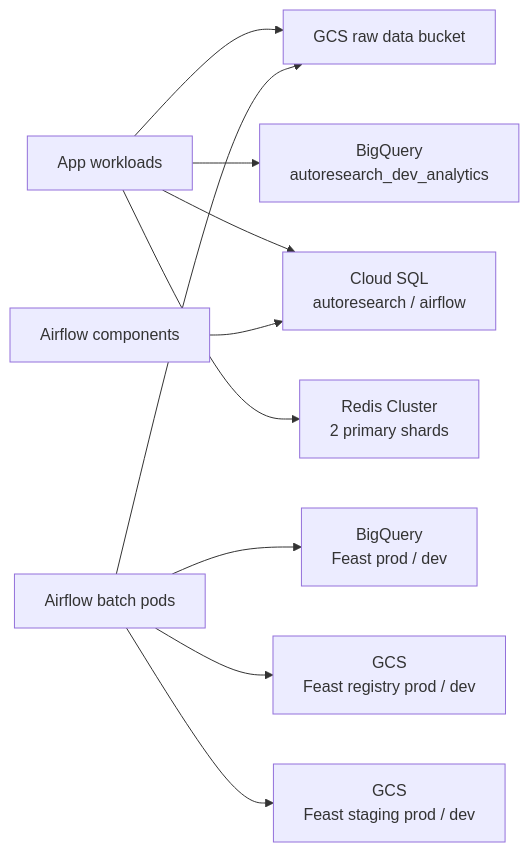
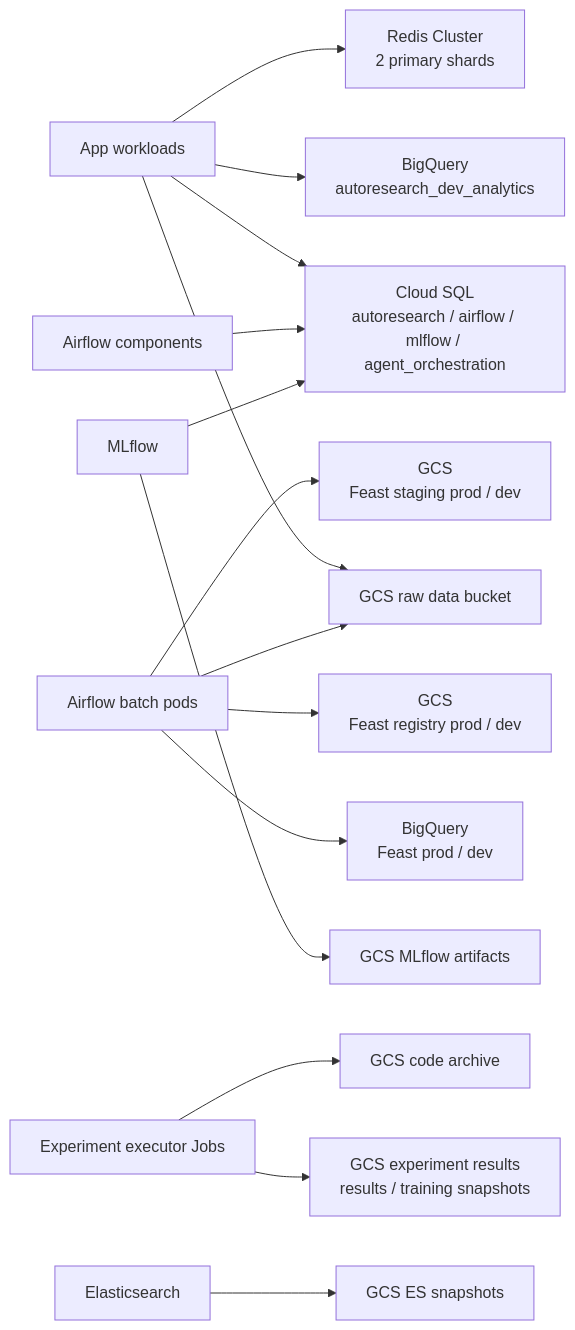
The sixth of 9 diagrams in docs/INFRASTRUCTURE_SUMMARY.md (SKYAHO/Autoresearch-infra), drawn with Mermaid before and after one commit. The commit also changed other lines of this file and 1 other file, not shown here.

````diff
--- a/docs/INFRASTRUCTURE_SUMMARY.md
+++ b/docs/INFRASTRUCTURE_SUMMARY.md
@@ -408,23 +436,35 @@
 ```mermaid
 flowchart LR
     app["App workloads"]
     airflowComp["Airflow components"]
     batch["Airflow batch pods"]
+    executor["Experiment executor Jobs"]
+    mlflow["MLflow"]
+    elastic["Elasticsearch"]
     raw["GCS raw data bucket"]
     bqanalytics["BigQuery<br/>autoresearch_dev_analytics"]
     feastbq["BigQuery<br/>Feast prod / dev"]
     registry["GCS<br/>Feast registry prod / dev"]
     staging["GCS<br/>Feast staging prod / dev"]
-    sql["Cloud SQL<br/>autoresearch / airflow"]
+    sql["Cloud SQL<br/>autoresearch / airflow / mlflow / agent_orchestration"]
     redis["Redis Cluster<br/>2 primary shards"]
+    experiment["GCS experiment results<br/>results / training snapshots"]
+    mlflowArtifacts["GCS MLflow artifacts"]
+    codeArtifacts["GCS code archive"]
+    esSnapshots["GCS ES snapshots"]
 
     app --> raw
     app --> bqanalytics
     app --> sql
     app --> redis
     batch --> raw
     batch --> feastbq
     batch --> registry
     batch --> staging
     airflowComp --> sql
+    executor --> experiment
+    executor --> codeArtifacts
+    mlflow --> sql
+    mlflow --> mlflowArtifacts
+    elastic --> esSnapshots
 ```
````
